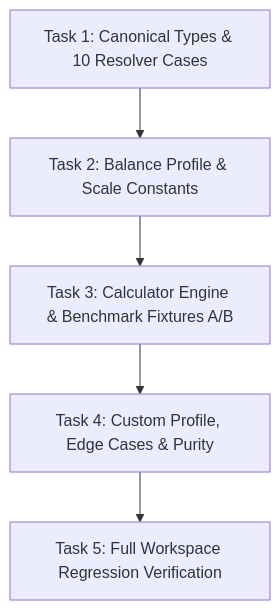
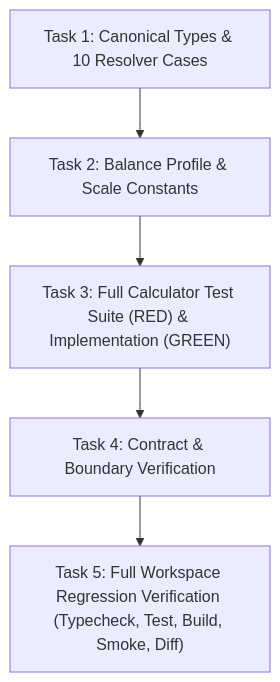
One commit to tanntran2000/Build-Settlement changed the diagram in docs/work_packages/POP-01A_Implementation_Plan.md. Above: the diagram before and after it, drawn with Mermaid. The commit also changed other lines of this file, not shown here.

Commit message:
docs(plan): finalize POP-01A implementation plan with exhaustive switch, truthful TDD, and full verification gate

````diff
--- a/docs/work_packages/POP-01A_Implementation_Plan.md
+++ b/docs/work_packages/POP-01A_Implementation_Plan.md
@@ -111,7 +138,7 @@
 ```mermaid
 flowchart TD
     T1["Task 1: Canonical Types & 10 Resolver Cases"] --> T2["Task 2: Balance Profile & Scale Constants"]
-    T2 --> T3["Task 3: Calculator Engine & Benchmark Fixtures A/B"]
-    T3 --> T4["Task 4: Custom Profile, Edge Cases & Purity"]
-    T4 --> T5["Task 5: Full Workspace Regression Verification"]
+    T2 --> T3["Task 3: Full Calculator Test Suite (RED) & Implementation (GREEN)"]
+    T3 --> T4["Task 4: Contract & Boundary Verification"]
+    T4 --> T5["Task 5: Full Workspace Regression Verification (Typecheck, Test, Build, Smoke, Diff)"]
 ```
````
